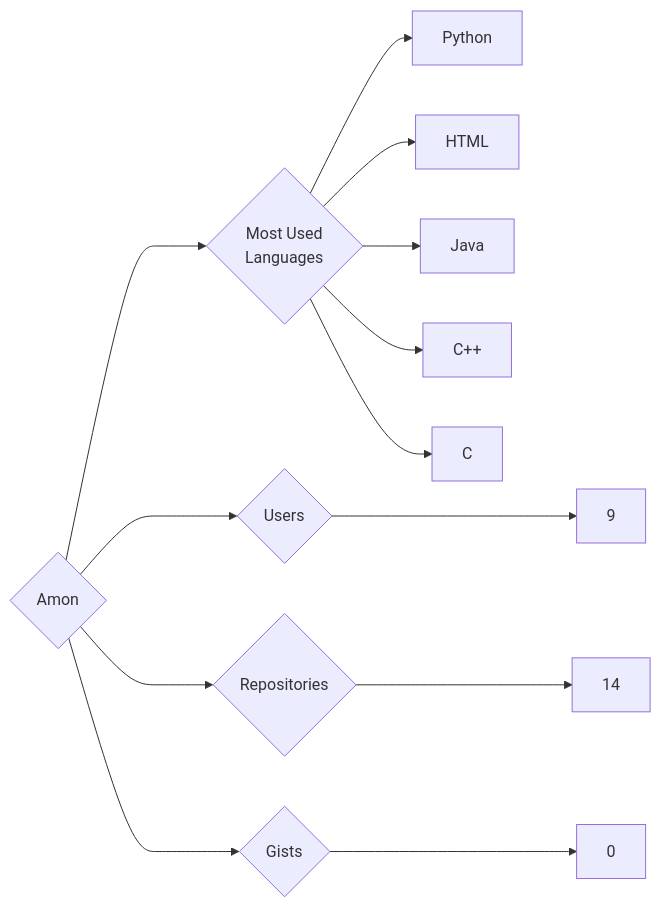
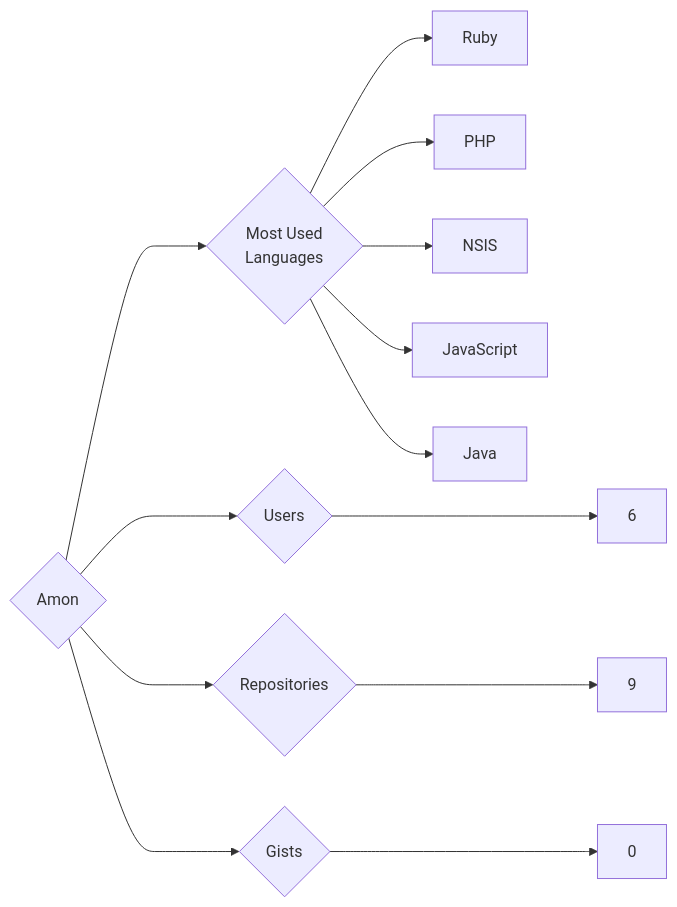
The diagram in targets/Amon/README.md (trickest/insiders), drawn with Mermaid before and after one commit. The commit also changed 940 other files, not shown here.

````diff
--- a/targets/Amon/README.md
+++ b/targets/Amon/README.md
@@ -3,13 +3,13 @@
 ```mermaid
 graph LR
 COMPANY_NAME{Amon}
-COMPANY_NAME ---> U{Users} ---> UN[9]
-COMPANY_NAME ---> R{Repositories} ---> RN[14]
+COMPANY_NAME ---> U{Users} ---> UN[6]
+COMPANY_NAME ---> R{Repositories} ---> RN[9]
 COMPANY_NAME ---> G{Gists} ---> GN[0]
 COMPANY_NAME ---> ML{Most Used<br>Languages}
-ML --> Python[Python]
-ML --> HTML[HTML]
+ML --> Ruby[Ruby]
+ML --> PHP[PHP]
+ML --> NSIS[NSIS]
+ML --> JavaScript[JavaScript]
 ML --> Java[Java]
-ML --> C++[C++]
-ML --> C[C]
 ```
````
